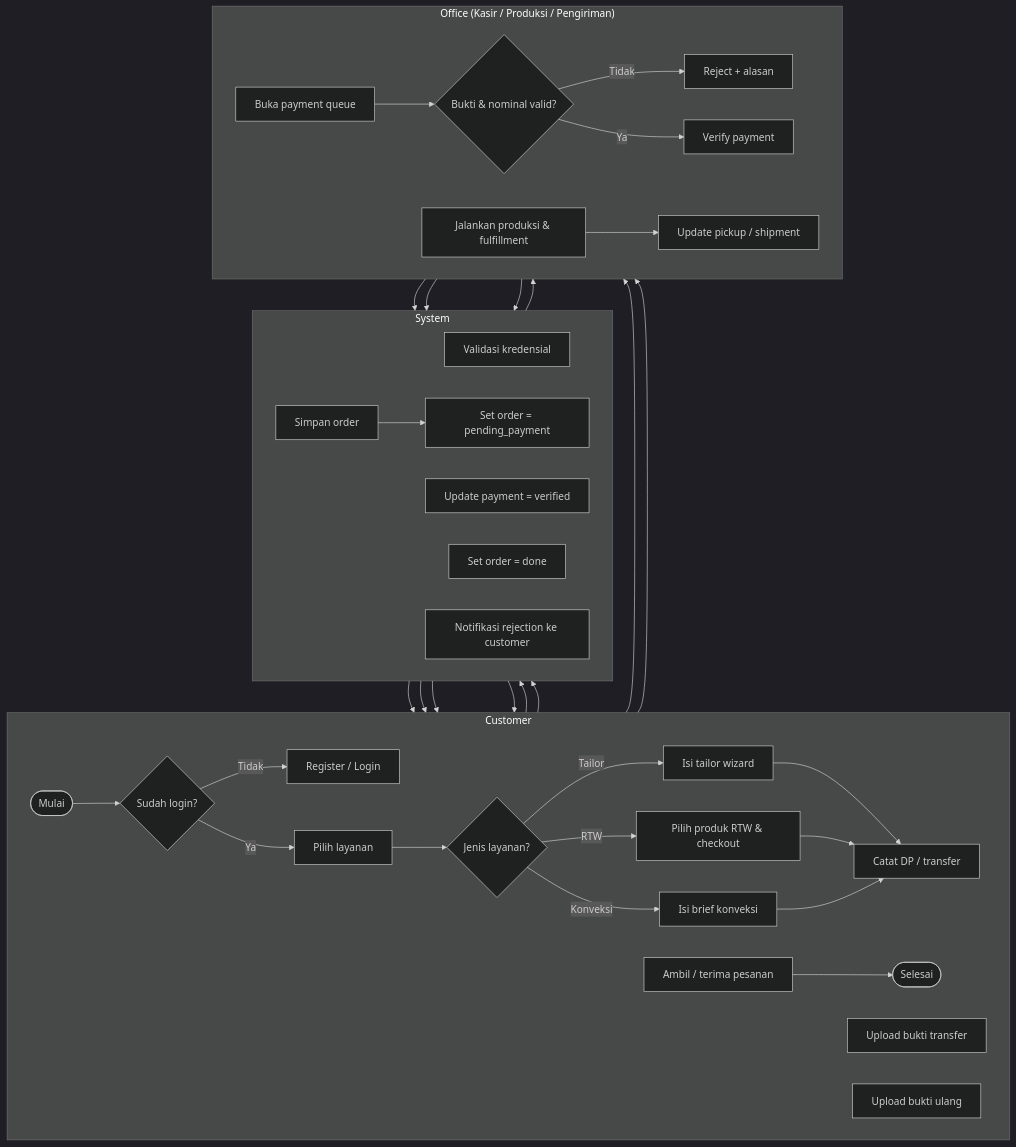
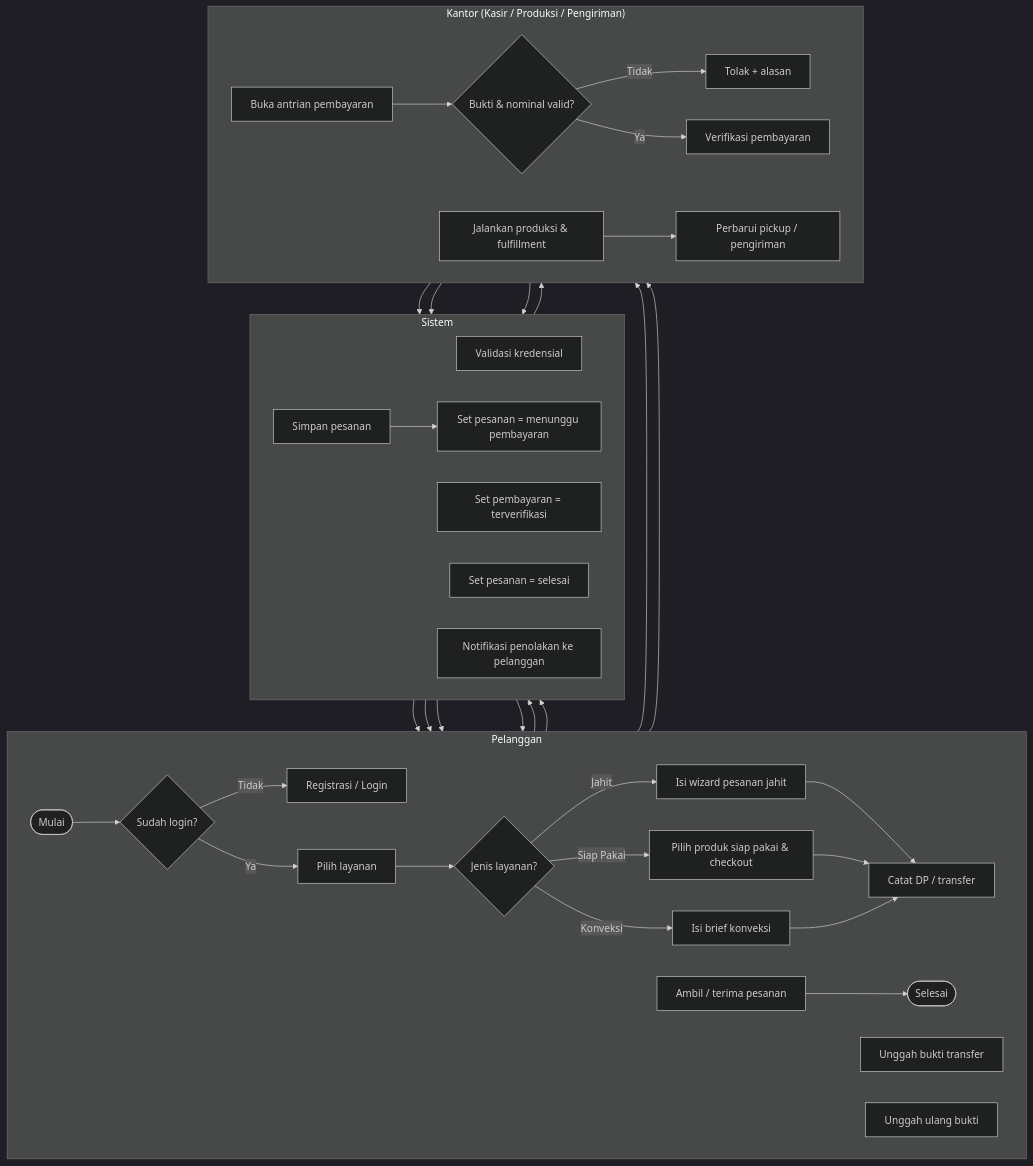
Before and after one commit to nabiilnuryassar/djaitin: diagram 11 of 13 in docs/MVP-APP-UML-AND-USE-CASES.md, drawn with Mermaid (dark theme). The commit also changed other lines of this file, not shown here.

Commit message:
update: UML

````diff
--- a/docs/MVP-APP-UML-AND-USE-CASES.md
+++ b/docs/MVP-APP-UML-AND-USE-CASES.md
@@ -666,51 +789,51 @@
 ```mermaid
 flowchart TB
-    subgraph CUST["Customer"]
+    subgraph PEL["Pelanggan"]
         direction LR
-        cStart([Mulai])
+        cMulai([Mulai])
         cLogin{Sudah login?}
-        cReg[Register / Login]
+        cReg[Registrasi / Login]
         cPilih[Pilih layanan]
         cJenis{Jenis layanan?}
-        cTailor[Isi tailor wizard]
-        cRTW[Pilih produk RTW & checkout]
+        cJahit[Isi wizard pesanan jahit]
+        cRTW[Pilih produk siap pakai & checkout]
         cKonv[Isi brief konveksi]
         cBayar[Catat DP / transfer]
-        cUpload[Upload bukti transfer]
-        cReUpload[Upload bukti ulang]
+        cUpload[Unggah bukti transfer]
+        cReUpload[Unggah ulang bukti]
         cAmbil[Ambil / terima pesanan]
-        cEnd([Selesai])
+        cSelesai([Selesai])
     end
 
-    subgraph SYS["System"]
+    subgraph SIS["Sistem"]
         direction LR
         sAuth[Validasi kredensial]
-        sSimpan[Simpan order]
-        sStatus[Set order = pending_payment]
-        sVerified[Update payment = verified]
-        sDone[Set order = done]
-        sNotif[Notifikasi rejection ke customer]
+        sSimpan[Simpan pesanan]
+        sStatus[Set pesanan = menunggu pembayaran]
+        sVerified[Set pembayaran = terverifikasi]
+        sDone[Set pesanan = selesai]
+        sNotif[Notifikasi penolakan ke pelanggan]
     end
 
-    subgraph OFF["Office (Kasir / Produksi / Pengiriman)"]
+    subgraph KAN["Kantor (Kasir / Produksi / Pengiriman)"]
         direction LR
-        oQueue[Buka payment queue]
+        oQueue[Buka antrian pembayaran]
         oCek{Bukti & nominal valid?}
-        oReject[Reject + alasan]
-        oVerify[Verify payment]
+        oReject[Tolak + alasan]
+        oVerify[Verifikasi pembayaran]
         oProd[Jalankan produksi & fulfillment]
-        oShip[Update pickup / shipment]
+        oShip[Perbarui pickup / pengiriman]
     end
 
-    cStart --> cLogin
+    cMulai --> cLogin
     cLogin -- Tidak --> cReg --> sAuth --> cPilih
     cLogin -- Ya --> cPilih
     cPilih --> cJenis
-    cJenis -- Tailor --> cTailor --> cBayar
-    cJenis -- RTW --> cRTW --> cBayar
+    cJenis -- Jahit --> cJahit --> cBayar
+    cJenis -- Siap Pakai --> cRTW --> cBayar
     cJenis -- Konveksi --> cKonv --> cBayar
     cBayar --> sSimpan --> sStatus --> cUpload
     cUpload --> oQueue --> oCek
     oCek -- Tidak --> oReject --> sNotif --> cReUpload --> oQueue
-    oCek -- Ya --> oVerify --> sVerified --> oProd --> oShip --> sDone --> cAmbil --> cEnd
+    oCek -- Ya --> oVerify --> sVerified --> oProd --> oShip --> sDone --> cAmbil --> cSelesai
 ```
````
